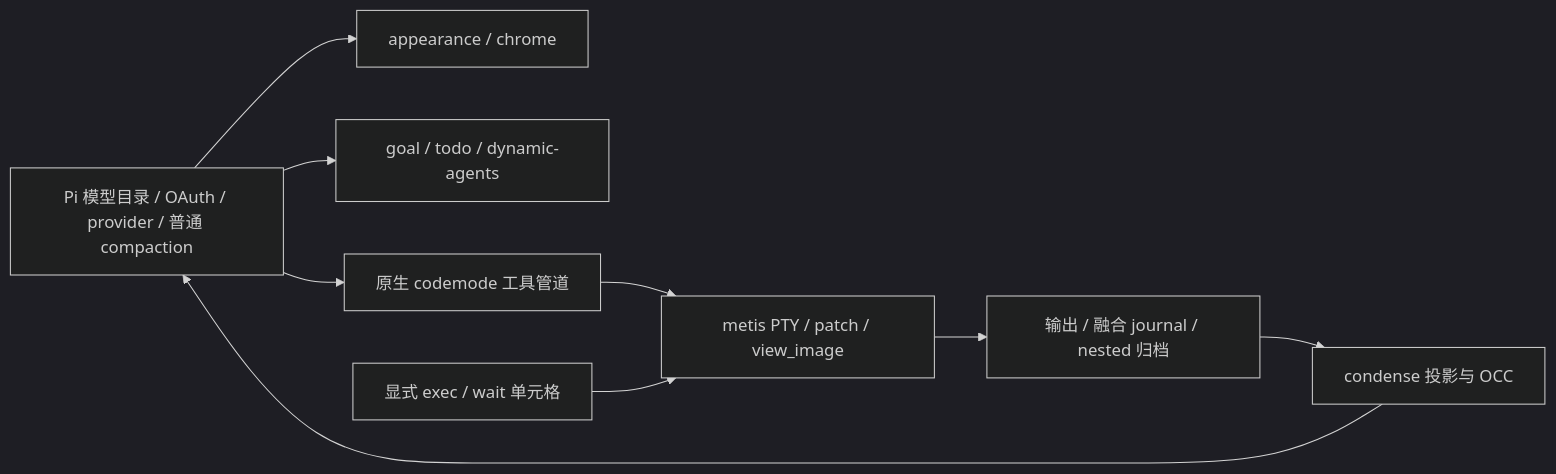
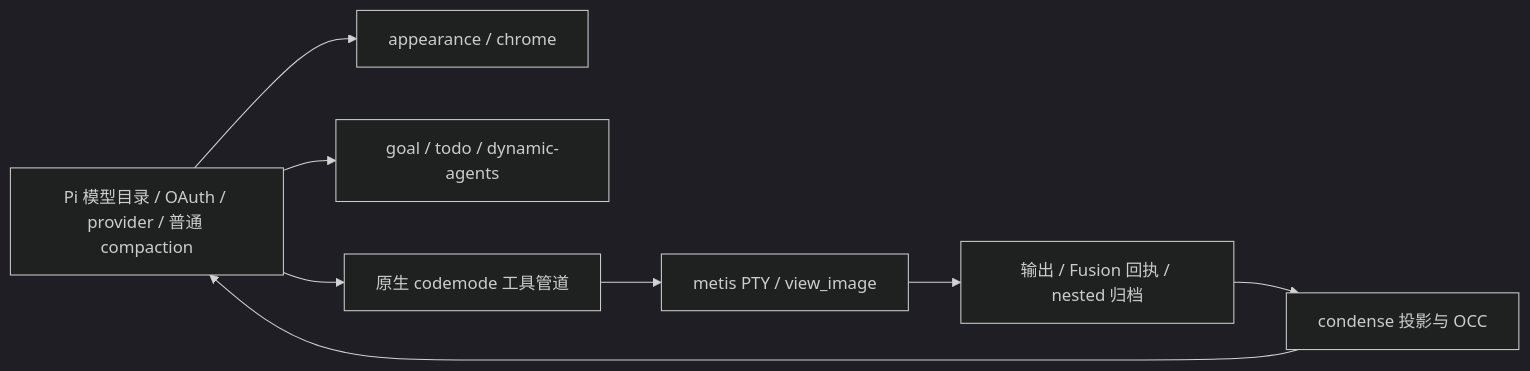
One commit to Rycen7822/metis-pi changed the diagram in docs/architecture.md. Above: the diagram before and after it, drawn with Mermaid (dark theme). The commit also changed other lines of this file and 183 other files, not shown here.

Commit message:
refactor: retire V8 and patch in favor of Pi native codemode

````diff
--- a/docs/architecture.md
+++ b/docs/architecture.md
@@ -40,11 +40,10 @@
 ```mermaid
 flowchart LR
     Pi[Pi 模型目录 / OAuth / provider / 普通 compaction] --> Display[appearance / chrome]
     Pi --> Features[goal / todo / dynamic-agents]
     Pi --> Native[原生 codemode 工具管道]
-    Native --> Execution[metis PTY / patch / view_image]
-    V8[显式 exec / wait 单元格] --> Execution
-    Execution --> Archive[输出 / 融合 journal / nested 归档]
+    Native --> Execution[metis PTY / view_image]
+    Execution --> Archive[输出 / Fusion 回执 / nested 归档]
     Archive --> Condense[condense 投影与 OCC]
     Condense --> Pi
 ```
````
